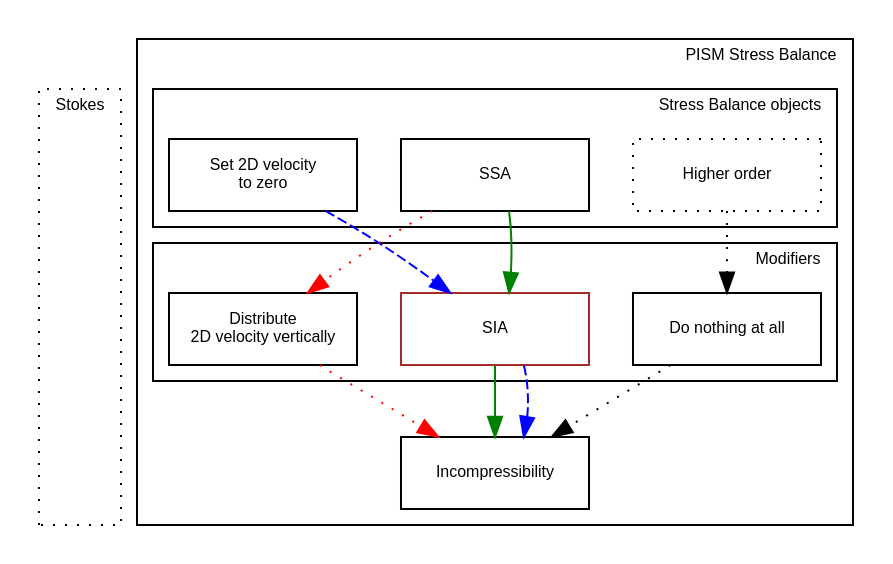
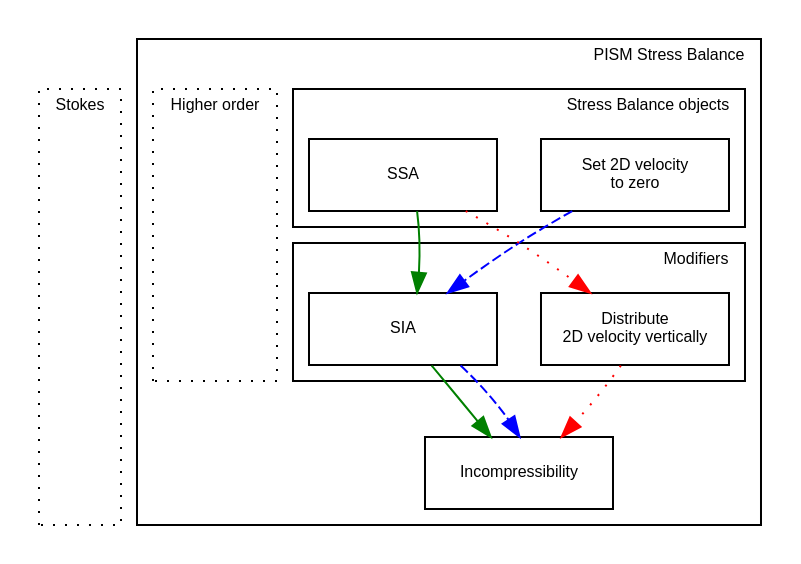
One commit to pism/pism changed the diagram in src/base/stressbalance/figs/stressbalance.dot. Above: the diagram before and after it, drawn with Graphviz. The commit also changed 20 other files, not shown here.

```diff
--- a/src/base/stressbalance/figs/stressbalance.dot
+++ b/src/base/stressbalance/figs/stressbalance.dot
@@ -1,50 +1,52 @@
 digraph velocity
 {
     // Global graph parameters
     node [fontname=Arial fontsize=8 shape=box width=1.3 fixedsize=true];
     edge [fontname=Arial fontsize=8];
     graph [fontname=Arial fontsize=8 ranksep=0.5 nodesep=0.3];
 
 subgraph cluster_full_stokes {
     label="Stokes"
     labeljust=r
     style=dotted
     node [style=invis width=0.2 label=""];
     foo -> bar -> baz [weight=10 style=invis];
 }
 subgraph cluster_pism {
     label="PISM Stress Balance"
     labeljust=r
 
 subgraph cluster_stressbalance {
     label="Stress Balance objects"
     labeljust=r
     {rank=same
-        higher_order [label="Higher order" style=dotted];
         noop1 [label="Set 2D velocity\nto zero"];
         ssa [label="SSA"];
     }
+}
+subgraph cluster_higher_order {
+    label="Higher order"
+    style=dotted;
+    node [style=invis width=0.2 label=""];
+    a -> b [style=invis];
 }
 subgraph cluster_mod {
     label="Modifiers"
     labeljust=r
     {rank=same
-        sia [label="SIA" color="brown"];
+        sia [label="SIA"];
         noop2 [label="Distribute\n2D velocity vertically"];
-        noop3 [label="Do nothing at all"];
     }
     sia -> noop2 [style=invis];
 }
 inc [label="Incompressibility"];
 noop1 -> noop2 [label="" style=invis weight=10];
 ssa -> sia [label="" style=invis weight=10];
-sia -> inc [label="" style=invis weight=10];
+{sia noop2} -> inc [label="" style=invis weight=10];
 
 }
 
 ssa -> sia -> inc [style=solid weight=0 color="green"];
 noop1 -> sia -> inc [style=dashed weight=0 color="blue"];
 ssa -> noop2 -> inc [style=dotted weight=0 color="red"];
-higher_order -> noop3 -> inc [style=dotted weight=0 color="black"];
-
 }
```
